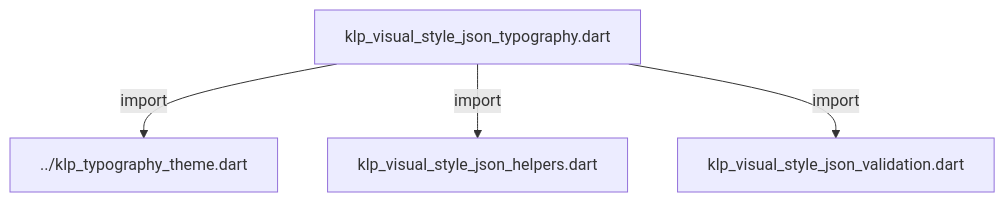
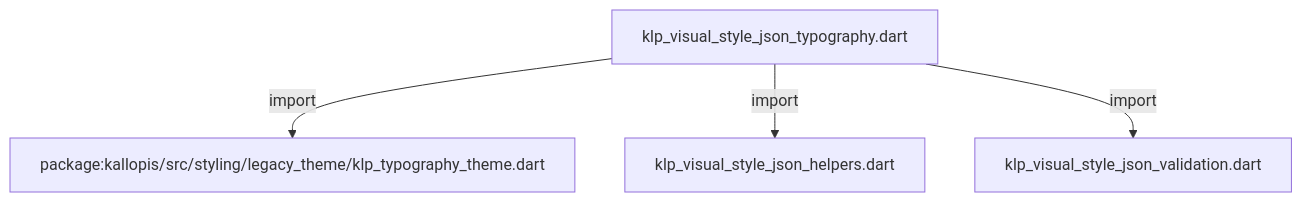
One commit to MiuDog/Kallopis changed the diagram in docs/architecture/src/styling/legacy_theme/internal/klp_visual_style_json_typography.md. Above: the diagram before and after it, drawn with Mermaid. The commit also changed other lines of this file and 9688 other files, not shown here.

Commit message:
Prepare isolated Flow F2 peer baseline

````diff
--- a/docs/architecture/src/styling/legacy_theme/internal/klp_visual_style_json_typography.md
+++ b/docs/architecture/src/styling/legacy_theme/internal/klp_visual_style_json_typography.md
@@ -11,10 +11,10 @@
 ```mermaid
 flowchart TD
 	n0["klp_visual_style_json_typography.dart"]
-	n1["../klp_typography_theme.dart"]
+	n1["package:kallopis/src/styling/legacy_theme/klp_typography_theme.dart"]
 	n2["klp_visual_style_json_helpers.dart"]
 	n3["klp_visual_style_json_validation.dart"]
 	n0 -->|"import"| n1
 	n0 -->|"import"| n2
 	n0 -->|"import"| n3
 ```
````
